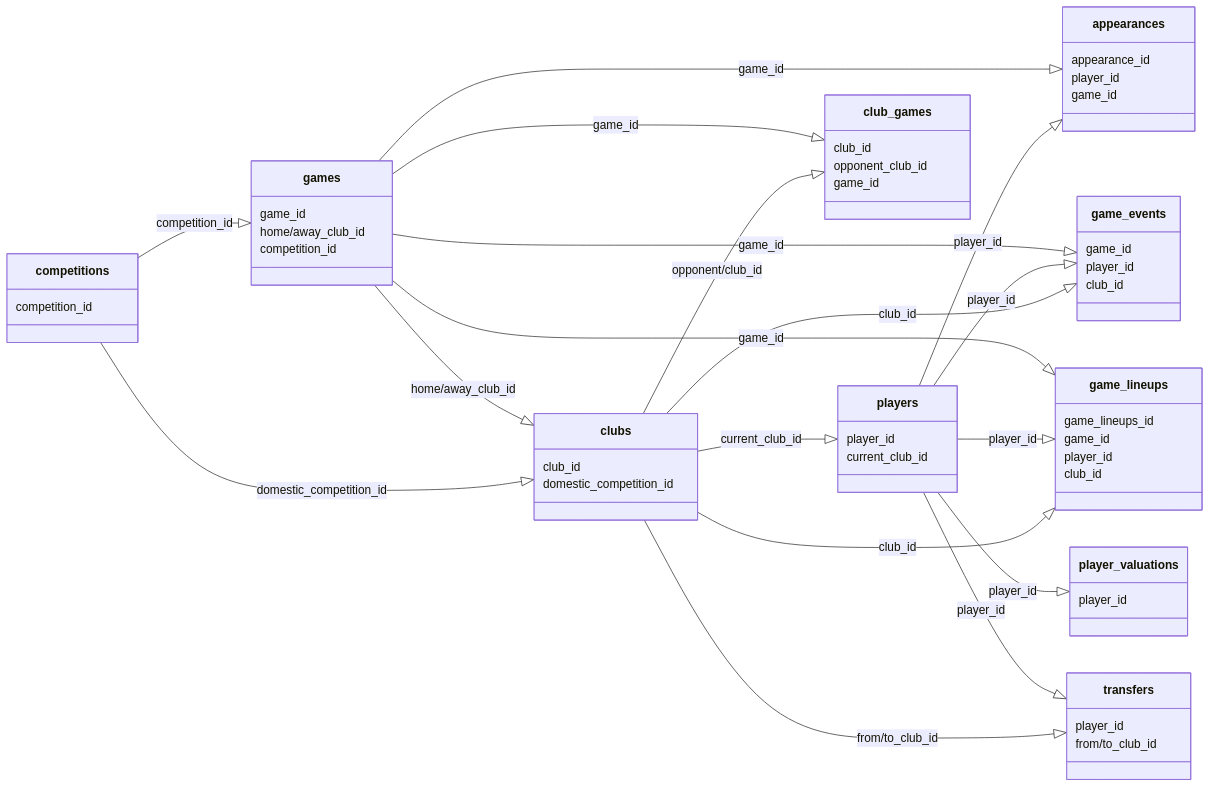
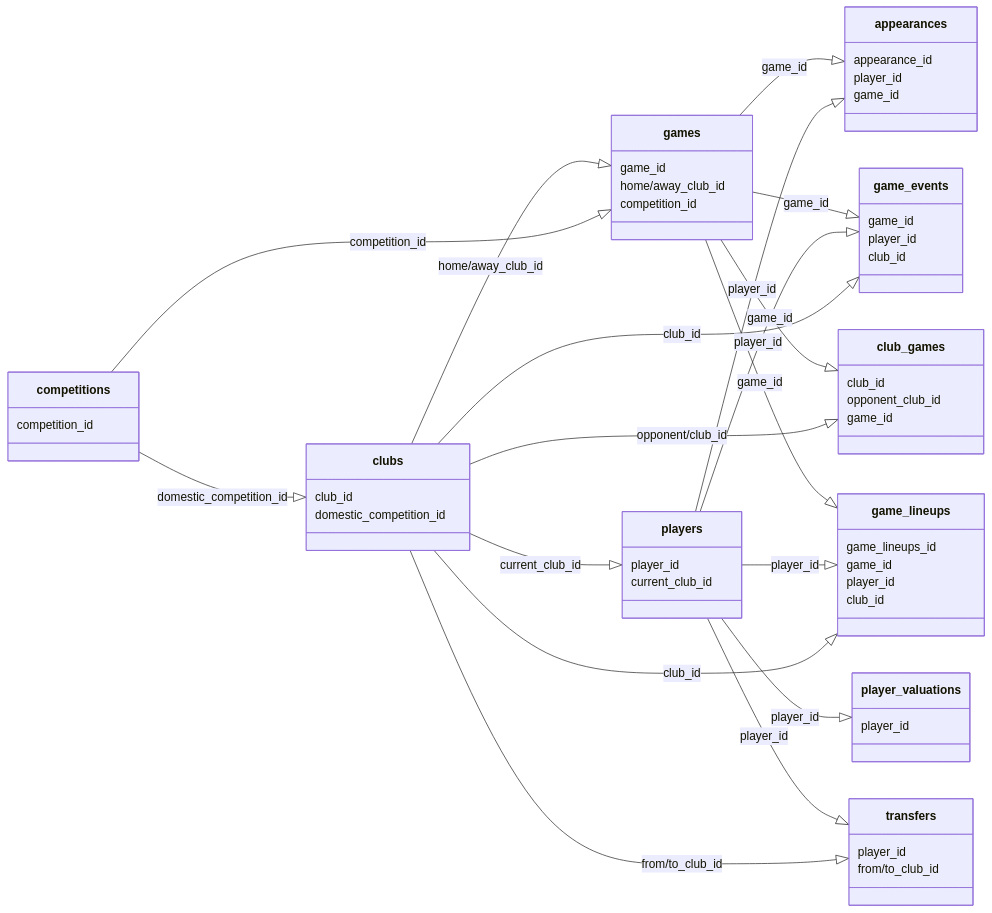
Before and after one commit to rafalrydzkowski/SQL_Transfermarkt_Data_Warehouse: the diagram in docs/proba.mmd, drawn with Mermaid.

Commit message:
Rename proba to proba.mmd

```diff
--- a/docs/proba.mmd
+++ b/docs/proba.mmd
@@ -1,64 +1,64 @@
 classDiagram
 direction LR
 competitions --|> games : competition_id
 competitions --|> clubs : domestic_competition_id
+clubs --|> games : home/away_club_id
 clubs --|> players : current_club_id
 clubs --|> club_games : opponent/club_id
 clubs --|> game_events : club_id
 clubs --|> game_lineups : club_id
 clubs --|> transfers : from/to_club_id
 players --|> appearances : player_id
 players --|> game_events : player_id
 players --|> game_lineups : player_id
 players --|> player_valuations : player_id
 players --|> transfers : player_id
 games --|> appearances : game_id
 games --|> game_events : game_id
 games --|> game_lineups : game_id
-games --|> clubs : home/away_club_id
 games --|> club_games : game_id
 
 class competitions {
     competition_id
 }
 class games {
     game_id
     home/away_club_id
     competition_id
 }
 class game_events {
     game_id
     player_id
     club_id
 }
 class game_lineups {
     game_lineups_id
     game_id
     player_id
     club_id
 }
 class clubs {
     club_id
     domestic_competition_id
 }
 class club_games {
     club_id
     opponent_club_id
     game_id
 }
 class players {
     player_id
     current_club_id
 }
 class player_valuations {
     player_id
 }
 class transfers {
     player_id
     from/to_club_id
 }
 class appearances {
     appearance_id
     player_id
     game_id
 }
```
